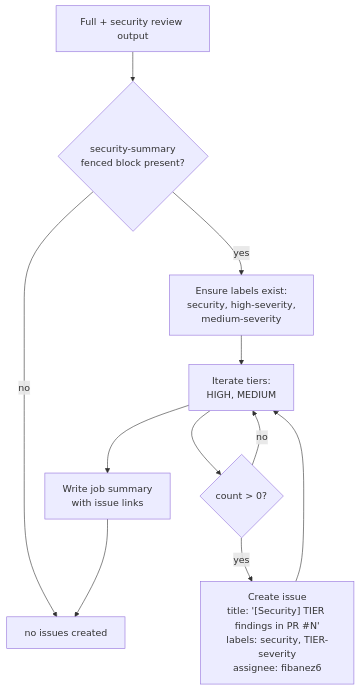
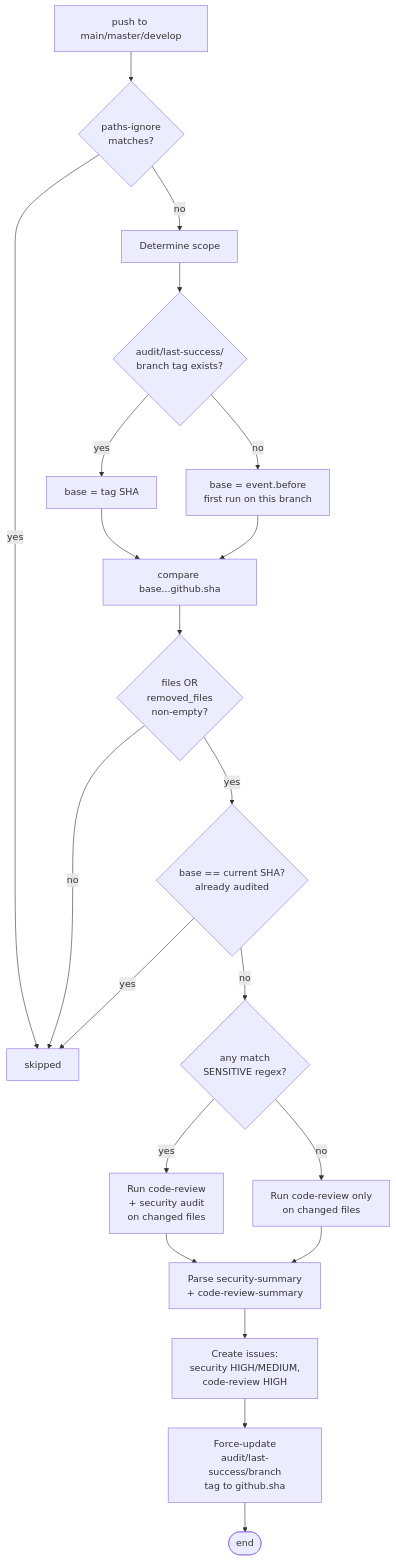
The fifth of 5 diagrams in .github/README.md (fibaneza/llm-usage-lens), drawn with Mermaid before and after one commit. The commit also changed other lines of this file and 2 other files, not shown here.

First line of the commit message:
feat: implement Claude PR review workflow and update code review workflow

````diff
--- a/.github/README.md
+++ b/.github/README.md
@@ -221,13 +241,23 @@
 ```mermaid
 flowchart TD
-    A[Full + security review output] --> B{security-summary<br/>fenced block present?}
-    B -->|no| Z[no issues created]
-    B -->|yes| C[Ensure labels exist:<br/>security, high-severity,<br/>medium-severity]
-    C --> D[Iterate tiers:<br/>HIGH, MEDIUM]
-    D --> E{count &gt; 0?}
-    E -->|no| D
-    E -->|yes| F[Create issue<br/>title: '&lbrack;Security&rbrack; TIER findings in PR #N'<br/>labels: security, TIER-severity<br/>assignee: fibanez6]
-    F --> D
-    D --> G[Write job summary<br/>with issue links]
-    G --> Z
+    P[push to main/master/develop] --> PI{paths-ignore<br/>matches?}
+    PI -->|yes| Z[skipped]
+    PI -->|no| DS[Determine scope]
+    DS --> TAG{audit/last-success/<br/>branch tag exists?}
+    TAG -->|yes| BASE1[base = tag SHA]
+    TAG -->|no| BASE2[base = event.before<br/>first run on this branch]
+    BASE1 --> DIFF[compare base...github.sha]
+    BASE2 --> DIFF
+    DIFF --> CHK{files OR<br/>removed_files<br/>non-empty?}
+    CHK -->|no| Z
+    CHK -->|yes| SKIP{base == current SHA?<br/>already audited}
+    SKIP -->|yes| Z
+    SKIP -->|no| SR{any match<br/>SENSITIVE regex?}
+    SR -->|yes| AUDIT[Run code-review<br/>+ security audit<br/>on changed files]
+    SR -->|no| CR[Run code-review only<br/>on changed files]
+    AUDIT --> PARSE[Parse security-summary<br/>+ code-review-summary]
+    CR --> PARSE
+    PARSE --> ISS[Create issues:<br/>security HIGH/MEDIUM,<br/>code-review HIGH]
+    ISS --> TAGUP[Force-update<br/>audit/last-success/branch<br/>tag to github.sha]
+    TAGUP --> END([end])
 ```
````
